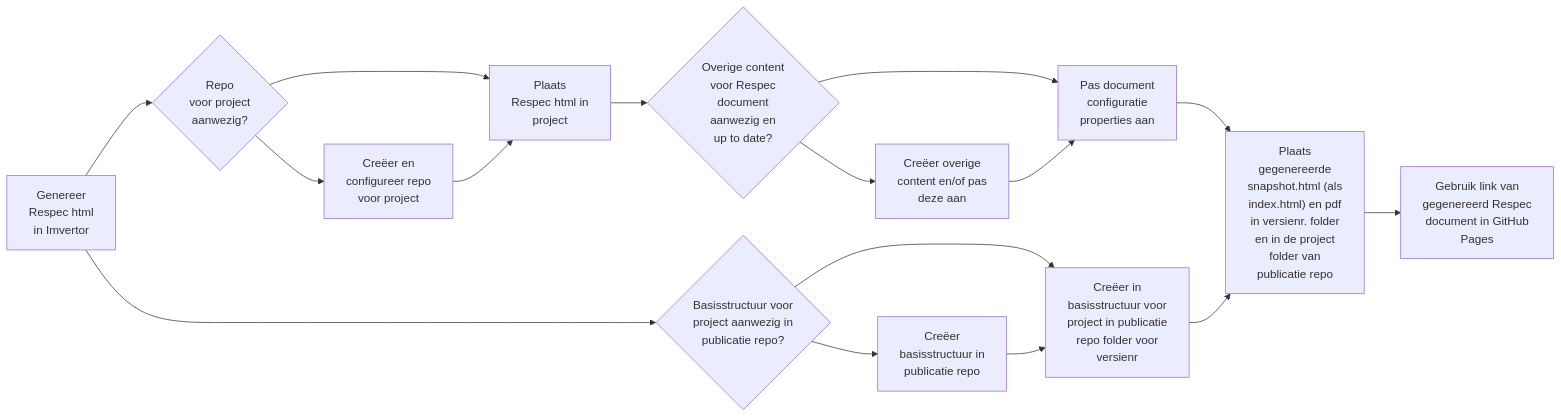
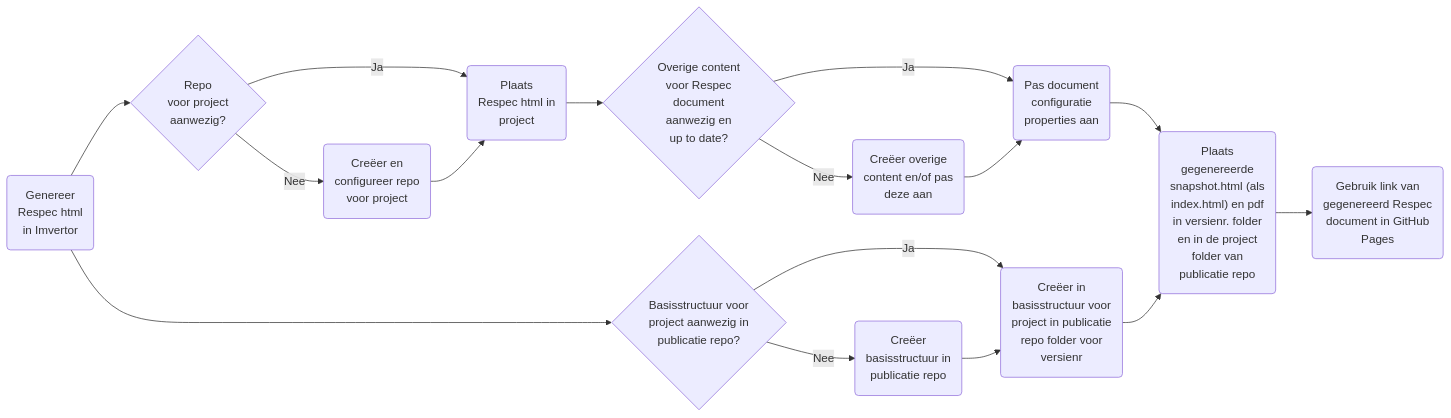
One commit to melsk-r/VNG-R-Respec-Template changed the diagram in mermaid.md. Above: the diagram before and after it, drawn with Mermaid.

````diff
--- a/mermaid.md
+++ b/mermaid.md
@@ -6,28 +6,28 @@
 ```mermaid
 graph LR;
-    A["Genereer
+    A("Genereer
 Respec html
-in Imvertor"]-->B{"Repo
+in Imvertor")-->B{"Repo
 voor project
 aanwezig?"};
     B{"Repo
 voor project
-aanwezig?"}-->C["Creëer en
+aanwezig?"}--Nee-->C("Creëer en
 configureer repo
-voor project"];
+voor project");
     B{"Repo
 voor project
-aanwezig?"}-->D["Plaats
+aanwezig?"}--Ja-->D("Plaats
 Respec html in
-project"];
-    C["Creëer en
+project");
+    C("Creëer en
 configureer repo
-voor project"]-->D["Plaats
+voor project")-->D("Plaats
 Respec html in
-project"];
-    D["Plaats
+project");
+    D("Plaats
 Respec html in
-project"]-->E{"Overige content
+project")-->E{"Overige content
 voor Respec
 document
 aanwezig en
@@ -36,76 +36,76 @@
 voor Respec
 document
 aanwezig en
-up to date?"}-->F["Creëer overige
+up to date?"}--Nee-->F("Creëer overige
 content en/of pas
-deze aan"];
+deze aan");
     E{"Overige content
 voor Respec
 document
 aanwezig en
-up to date?"}-->G["Pas document
+up to date?"}--Ja-->G("Pas document
 configuratie
-properties aan"];
-F["Creëer overige
+properties aan");
+F("Creëer overige
 content en/of pas
-deze aan"]-->G["Pas document
+deze aan")-->G("Pas document
 configuratie
-properties aan"];
-    A["Genereer
+properties aan");
+    A("Genereer
 Respec html
-in Imvertor"]-->H{"Basisstructuur voor
+in Imvertor")-->H{"Basisstructuur voor
 project aanwezig in
 publicatie repo?"};
     H{"Basisstructuur voor
 project aanwezig in
-publicatie repo?"}-->I["Creëer
+publicatie repo?"}--Nee-->I("Creëer
 basisstructuur in
-publicatie repo"];
+publicatie repo");
     H{"Basisstructuur voor
 project aanwezig in
-publicatie repo?"}-->J["Creëer in
+publicatie repo?"}--Ja-->J("Creëer in
 basisstructuur voor
 project in publicatie
 repo folder voor
-versienr"];
-    I["Creëer
+versienr");
+    I("Creëer
 basisstructuur in
-publicatie repo"]-->J["Creëer in
+publicatie repo")-->J("Creëer in
 basisstructuur voor
 project in publicatie
 repo folder voor
-versienr"];
-    G["Pas document
+versienr");
+    G("Pas document
 configuratie
-properties aan"]-->K["Plaats
+properties aan")-->K("Plaats
 gegenereerde
 snapshot.html (als
 index.html) en pdf
 in versienr. folder
 en in de project
 folder van
-publicatie repo"];
-    J["Creëer in
+publicatie repo");
+    J("Creëer in
 basisstructuur voor
 project in publicatie
 repo folder voor
-versienr"]-->K["Plaats
+versienr")-->K("Plaats
 gegenereerde
 snapshot.html (als
 index.html) en pdf
 in versienr. folder
 en in de project
 folder van
-publicatie repo"];
-    K["Plaats
+publicatie repo");
+    K("Plaats
 gegenereerde
 snapshot.html (als
 index.html) en pdf
 in versienr. folder
 en in de project
 folder van
-publicatie repo"]-->L["Gebruik link van
+publicatie repo")-->L("Gebruik link van
 gegenereerd Respec
 document in GitHub
-Pages"];
+Pages");
 ```
````
